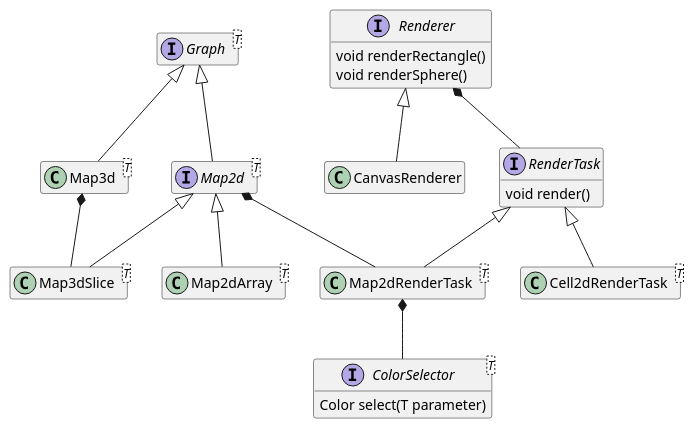
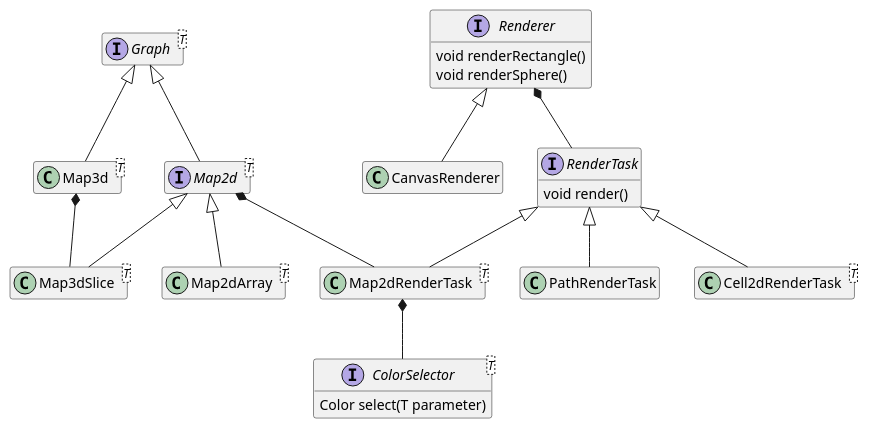
Before and after one commit to Orchaldir/Arena: the diagram in docs/design/graphic/overview.puml, drawn with PlantUML. The commit also changed 2 other files, not shown here.

```diff
--- a/docs/design/graphic/overview.puml
+++ b/docs/design/graphic/overview.puml
@@ -1,45 +1,47 @@
 @startuml
 
 hide empty members
 
 interface Graph<T>
 interface Map2d<T>
 class Map2dArray<T>
 class Map3d<T>
 class Map3dSlice<T>
 
 interface Renderer {
   void renderRectangle()
   void renderSphere()
 }
 class CanvasRenderer
 
 interface RenderTask {
   void render()
 }
 class Map2dRenderTask<T>
 class Cell2dRenderTask<T>
+class PathRenderTask
 
 interface ColorSelector<T> {
   Color select(T parameter)
 }
 
 Graph <|-- Map2d
 Graph <|-- Map3d
 
 Map2d <|-- Map2dArray
 Map2d <|-- Map3dSlice
 Map2d *-- Map2dRenderTask
 
 Map3d *-- Map3dSlice
 
 Renderer <|-- CanvasRenderer
 Renderer *-- RenderTask
 
 Map2dRenderTask *-- ColorSelector
 
 RenderTask <|-- Map2dRenderTask
 RenderTask <|-- Cell2dRenderTask
+RenderTask <|-- PathRenderTask
 
 
 @enduml
```
